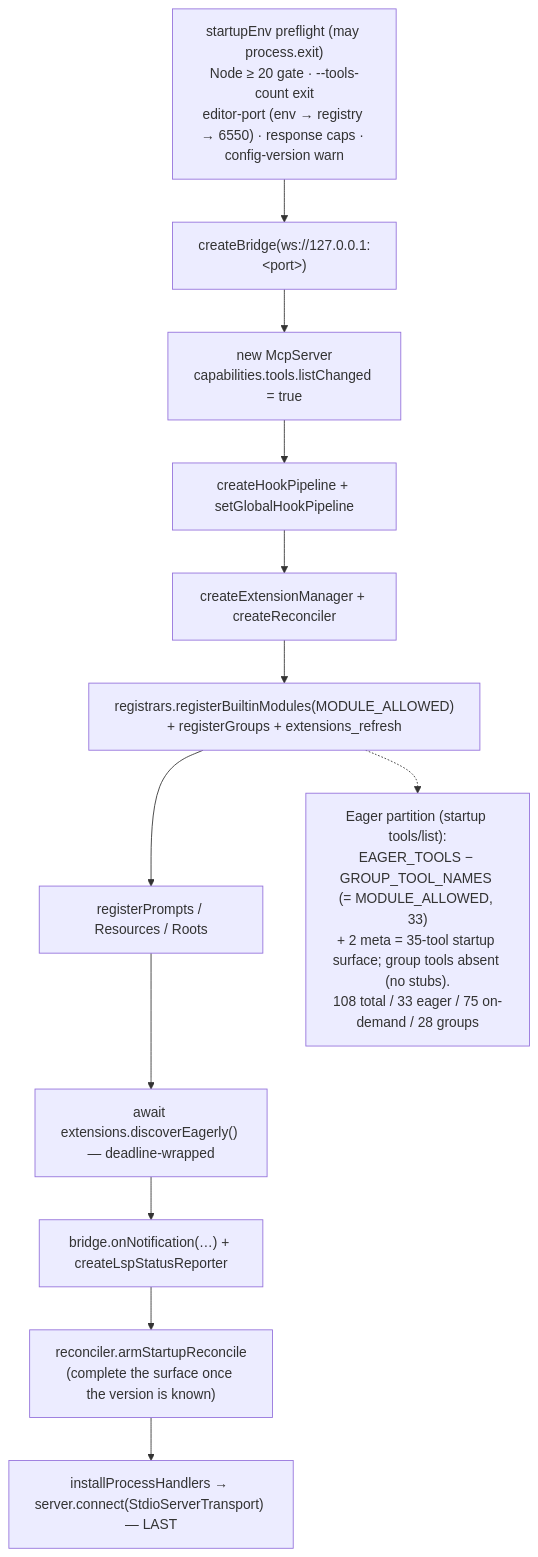
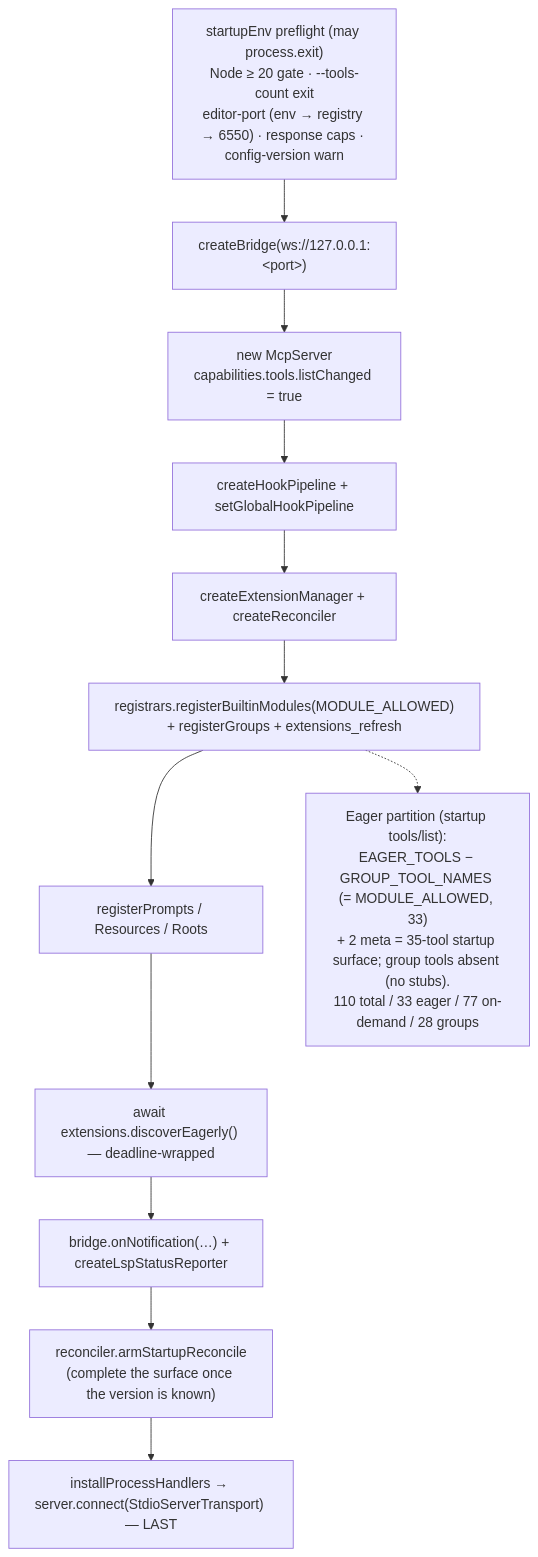
One commit to NPGameDev/godot-mcp-server changed the third of 13 diagrams in docs/architecture/README.md. Above: the diagram before and after it, drawn with Mermaid. The commit also changed other lines of this file, not shown here.

First line of the commit message:
docs(architecture): 41n-ter ARC 3 D-ARCHDOC — align arch doc to applied ledger

````diff
--- a/docs/architecture/README.md
+++ b/docs/architecture/README.md
@@ -193,17 +197,17 @@
 ```mermaid
 flowchart TD
     pre["startupEnv preflight (may process.exit)<br/>Node ≥ 20 gate · --tools-count exit<br/>editor-port (env → registry → 6550) · response caps · config-version warn"]
     bridge["createBridge(ws://127.0.0.1:&lt;port&gt;)"]
     srv["new McpServer<br/>capabilities.tools.listChanged = true"]
     hooks["createHookPipeline + setGlobalHookPipeline"]
     subsys["createExtensionManager + createReconciler"]
     reg["registrars.registerBuiltinModules(MODULE_ALLOWED)<br/>+ registerGroups + extensions_refresh"]
     mcpcap["registerPrompts / Resources / Roots"]
     eager["await extensions.discoverEagerly() — deadline-wrapped"]
     notif["bridge.onNotification(…) + createLspStatusReporter"]
     recon["reconciler.armStartupReconcile<br/>(complete the surface once the version is known)"]
     conn["installProcessHandlers → server.connect(StdioServerTransport) — LAST"]
     pre --> bridge --> srv --> hooks --> subsys --> reg --> mcpcap --> eager --> notif --> recon --> conn
-    part["Eager partition (startup tools/list):<br/>EAGER_TOOLS − GROUP_TOOL_NAMES (= MODULE_ALLOWED, 33)<br/>+ 2 meta = 35-tool startup surface; group tools absent (no stubs).<br/>108 total / 33 eager / 75 on-demand / 28 groups"]
+    part["Eager partition (startup tools/list):<br/>EAGER_TOOLS − GROUP_TOOL_NAMES (= MODULE_ALLOWED, 33)<br/>+ 2 meta = 35-tool startup surface; group tools absent (no stubs).<br/>110 total / 33 eager / 77 on-demand / 28 groups"]
     reg -.-> part
 ```
````
